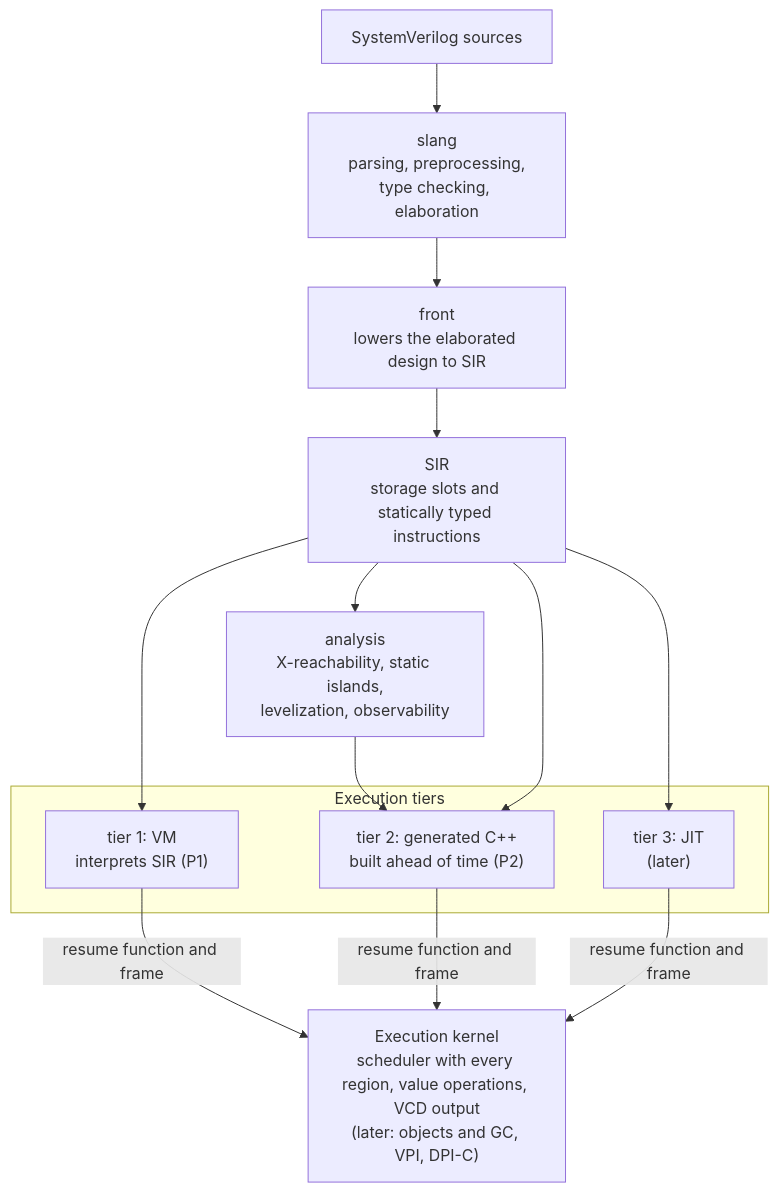
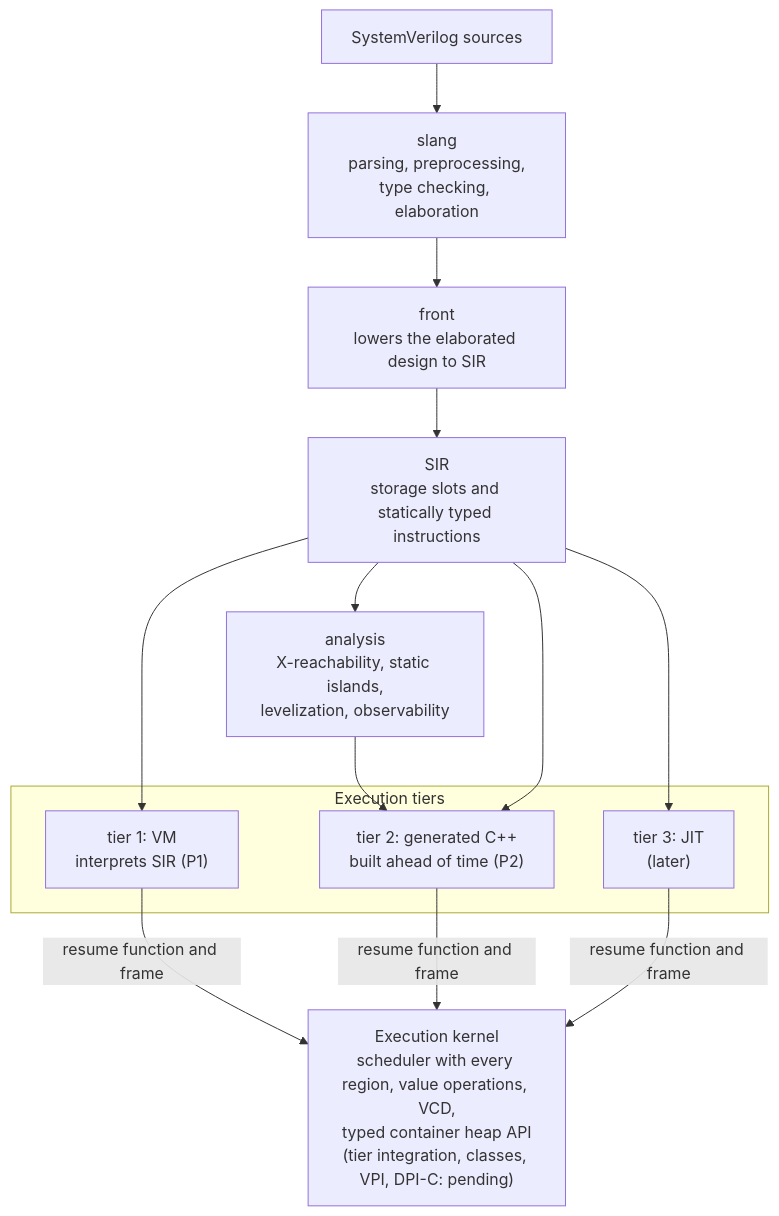
The diagram in README.ja.md (kurochan001/kirimasim), drawn with Mermaid before and after one commit. The commit also changed other lines of this file and 14 other files, not shown here.

````diff
--- a/README.ja.md
+++ b/README.ja.md
@@ -388,22 +408,22 @@
 ```mermaid
 flowchart TD
     src["SystemVerilog sources"]
     slang["slang<br/>parsing, preprocessing,<br/>type checking, elaboration"]
     front["front<br/>lowers the elaborated design to SIR"]
     sir["SIR<br/>storage slots and statically typed instructions"]
     analysis["analysis<br/>X-reachability, static islands,<br/>levelization, observability"]
     subgraph tiers["Execution tiers"]
         t1["tier 1: VM<br/>interprets SIR (P1)"]
         t2["tier 2: generated C++<br/>built ahead of time (P2)"]
         t3["tier 3: JIT<br/>(later)"]
     end
-    kernel["Execution kernel<br/>scheduler with every region, value operations, VCD output<br/>(later: objects and GC, VPI, DPI-C)"]
+    kernel["Execution kernel<br/>scheduler with every region, value operations, VCD,<br/>typed container heap API<br/>(tier integration, classes, VPI, DPI-C: pending)"]
     src --> slang --> front --> sir
     sir --> t1
     sir --> analysis --> t2
     sir --> t2
     sir --> t3
     t1 -->|"resume function and frame"| kernel
     t2 -->|"resume function and frame"| kernel
     t3 -->|"resume function and frame"| kernel
 ```
````
